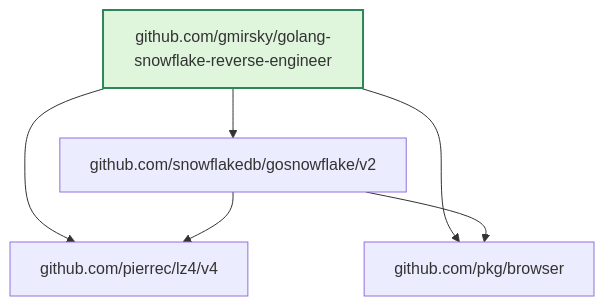
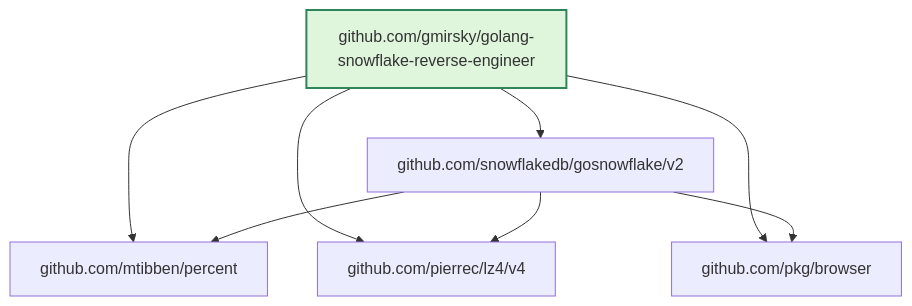
Before and after one commit to gmirsky/golang-snowflake-reverse-engineer: the sixth of 8 diagrams in README.md, drawn with Mermaid. The commit also changed other lines of this file, not shown here.

Commit message:
feat: update dependency graph in README.md to include go-sqlmock and reorganize sections

````diff
--- a/README.md
+++ b/README.md
@@ -1113,14 +1126,17 @@
 ```mermaid
 flowchart TD
   classDef root fill:#dff6dd,stroke:#2f855a,stroke-width:2px
   N1["github.com/gmirsky/golang-snowflake-reverse-engineer"]
   class N1 root
-  N2["github.com/pierrec/lz4/v4"]
-  N3["github.com/pkg/browser"]
-  N4["github.com/snowflakedb/gosnowflake/v2"]
+  N2["github.com/mtibben/percent"]
+  N3["github.com/pierrec/lz4/v4"]
+  N4["github.com/pkg/browser"]
+  N5["github.com/snowflakedb/gosnowflake/v2"]
   N1 --> N2
   N1 --> N3
   N1 --> N4
-  N4 --> N2
-  N4 --> N3
+  N1 --> N5
+  N5 --> N2
+  N5 --> N3
+  N5 --> N4
 ```
````
